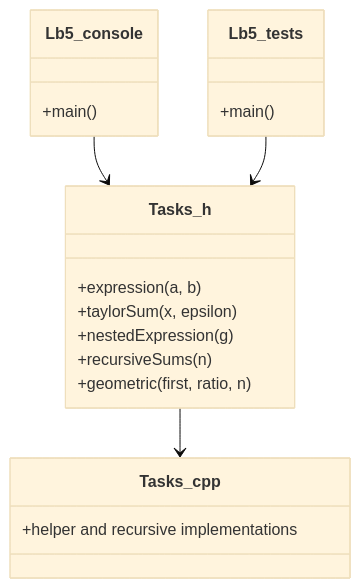
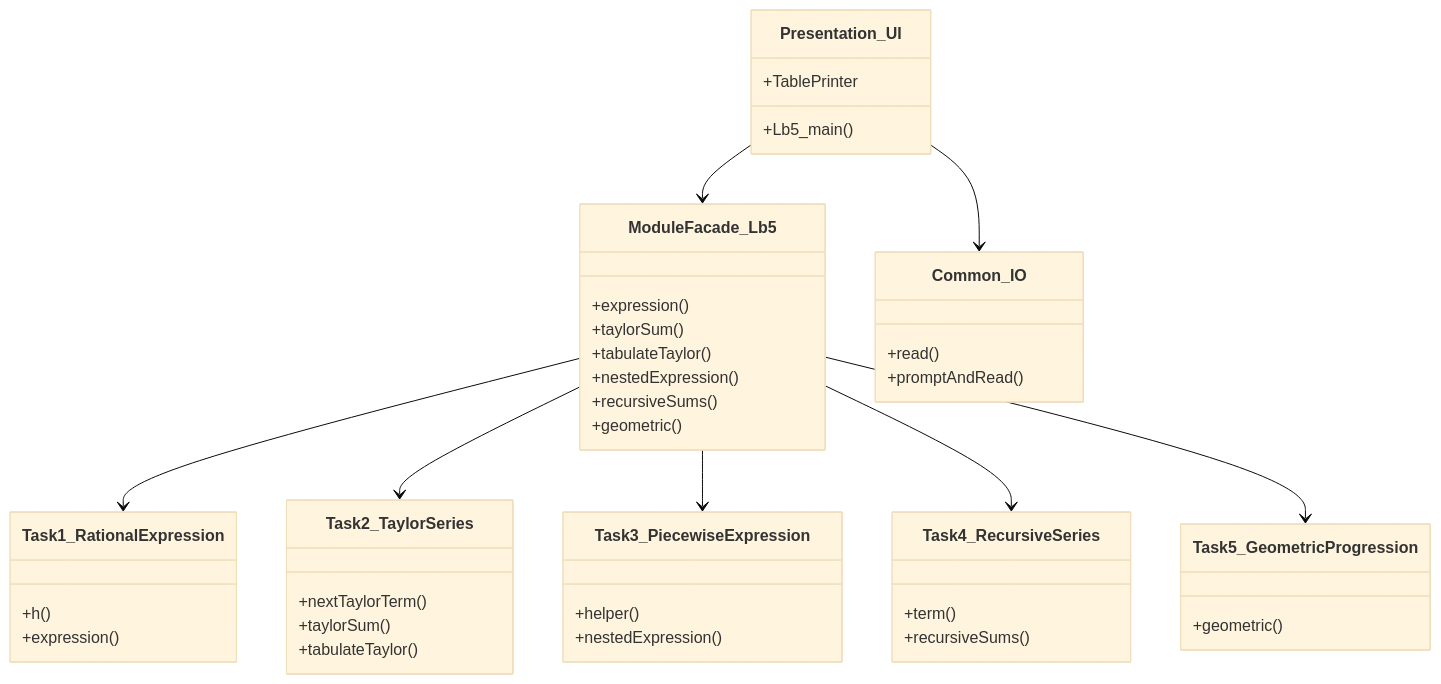
Before and after one commit to lviv-polytech/alg-cpp-labs: the third of 3 diagrams in Lb5/README.md, drawn with Mermaid (base theme). The commit also changed 3 other files, not shown here.

Commit message:
docs: update module README architecture diagrams for labs 4 to 7

````diff
--- a/Lb5/README.md
+++ b/Lb5/README.md
@@ -51,22 +51,47 @@
 ```mermaid
 classDiagram
-    class Tasks_h {
-      +expression(a, b)
-      +taylorSum(x, epsilon)
-      +nestedExpression(g)
-      +recursiveSums(n)
-      +geometric(first, ratio, n)
+    class Presentation_UI {
+        +Lb5_main()
+        +TablePrinter
     }
-    class Tasks_cpp {
-      +helper and recursive implementations
+    class ModuleFacade_Lb5 {
+        +expression()
+        +taylorSum()
+        +tabulateTaylor()
+        +nestedExpression()
+        +recursiveSums()
+        +geometric()
     }
-    class Lb5_console {
-      +main()
+    class Task1_RationalExpression {
+        +h()
+        +expression()
     }
-    class Lb5_tests {
-      +main()
+    class Task2_TaylorSeries {
+        +nextTaylorTerm()
+        +taylorSum()
+        +tabulateTaylor()
     }
-    Lb5_console --> Tasks_h
-    Lb5_tests --> Tasks_h
-    Tasks_h --> Tasks_cpp
+    class Task3_PiecewiseExpression {
+        +helper()
+        +nestedExpression()
+    }
+    class Task4_RecursiveSeries {
+        +term()
+        +recursiveSums()
+    }
+    class Task5_GeometricProgression {
+        +geometric()
+    }
+    class Common_IO {
+        +read()
+        +promptAndRead()
+    }
+
+    Presentation_UI --> ModuleFacade_Lb5
+    Presentation_UI --> Common_IO
+    ModuleFacade_Lb5 --> Task1_RationalExpression
+    ModuleFacade_Lb5 --> Task2_TaylorSeries
+    ModuleFacade_Lb5 --> Task3_PiecewiseExpression
+    ModuleFacade_Lb5 --> Task4_RecursiveSeries
+    ModuleFacade_Lb5 --> Task5_GeometricProgression
 ```
````
